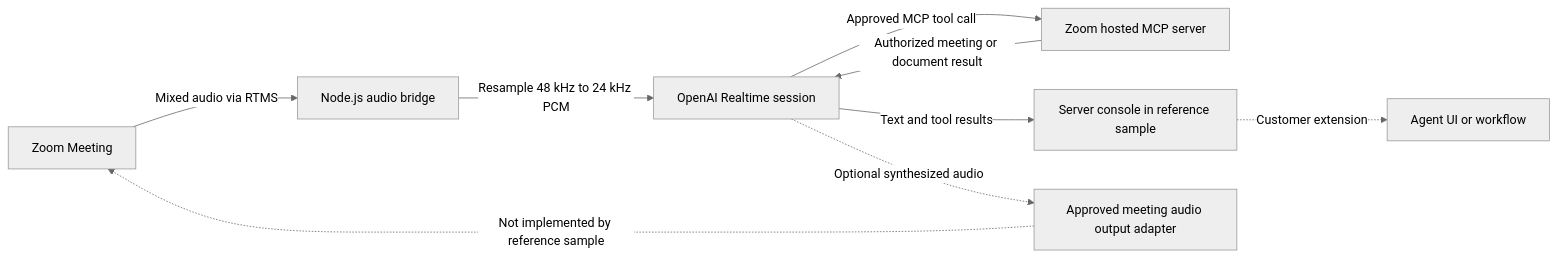
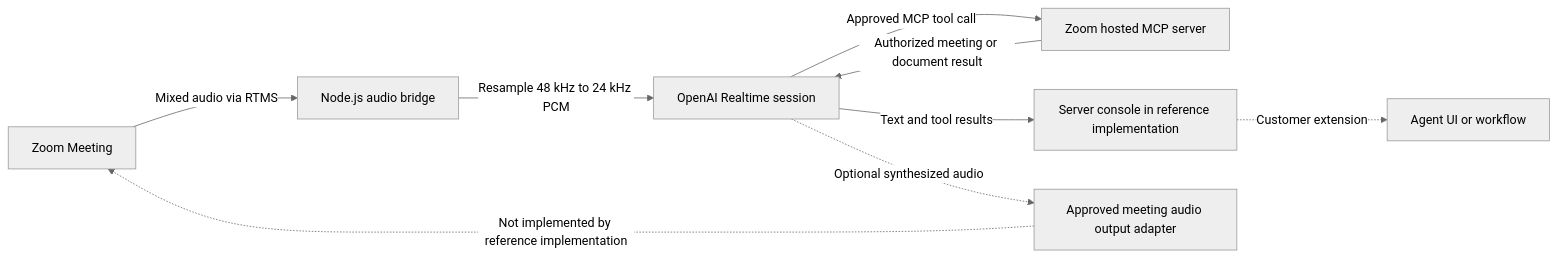
One commit to zoom/blueprints changed the diagram in blueprints/openai-meeting-voice-agent/architecture.mmd. Above: the diagram before and after it, drawn with Mermaid (neutral theme). The commit also changed 1 other file, not shown here.

Commit message:
Align meeting agent Blueprint with reference guidance

```diff
--- a/blueprints/openai-meeting-voice-agent/architecture.mmd
+++ b/blueprints/openai-meeting-voice-agent/architecture.mmd
@@ -1,9 +1,9 @@
 flowchart LR
     A[Zoom Meeting] -->|Mixed audio via RTMS| B[Node.js audio bridge]
     B -->|Resample 48 kHz to 24 kHz PCM| C[OpenAI Realtime session]
     C -->|Approved MCP tool call| D[Zoom hosted MCP server]
     D -->|Authorized meeting or document result| C
-    C -->|Text and tool results| E[Server console in reference sample]
+    C -->|Text and tool results| E[Server console in reference implementation]
     E -.->|Customer extension| G[Agent UI or workflow]
     C -.->|Optional synthesized audio| F[Approved meeting audio output adapter]
-    F -.->|Not implemented by reference sample| A
+    F -.->|Not implemented by reference implementation| A
```
